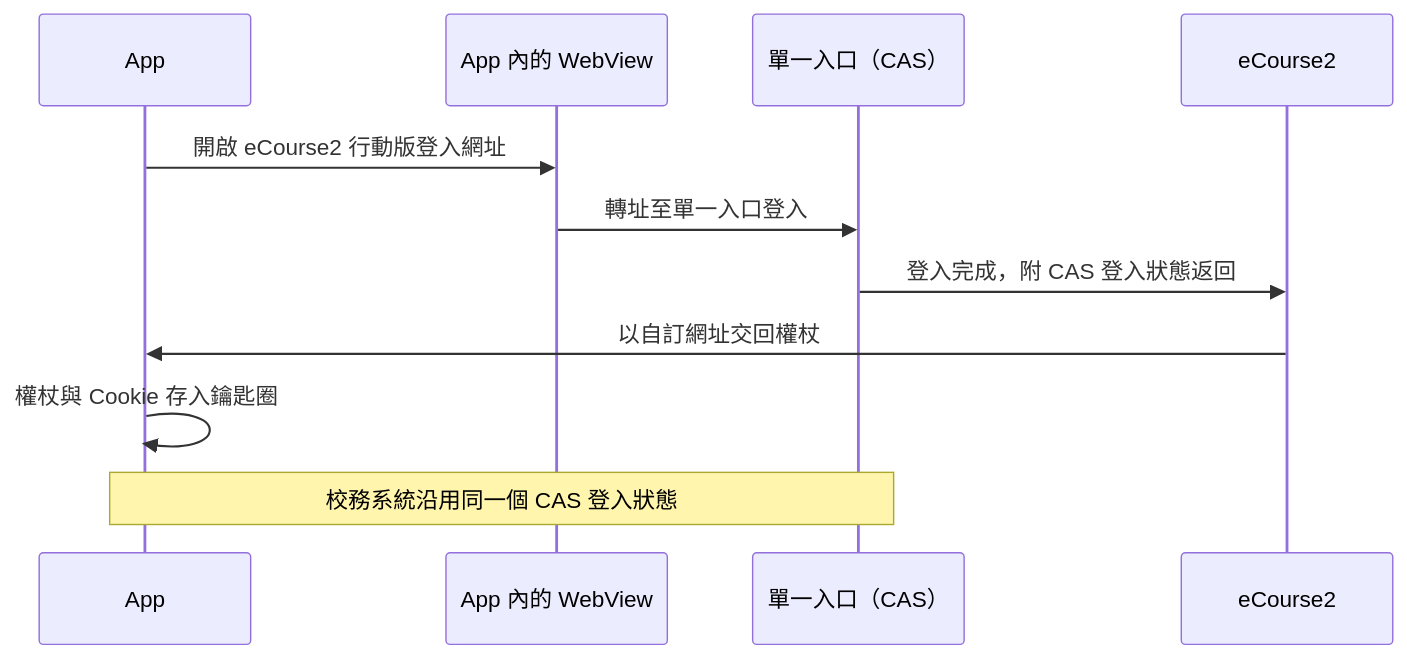
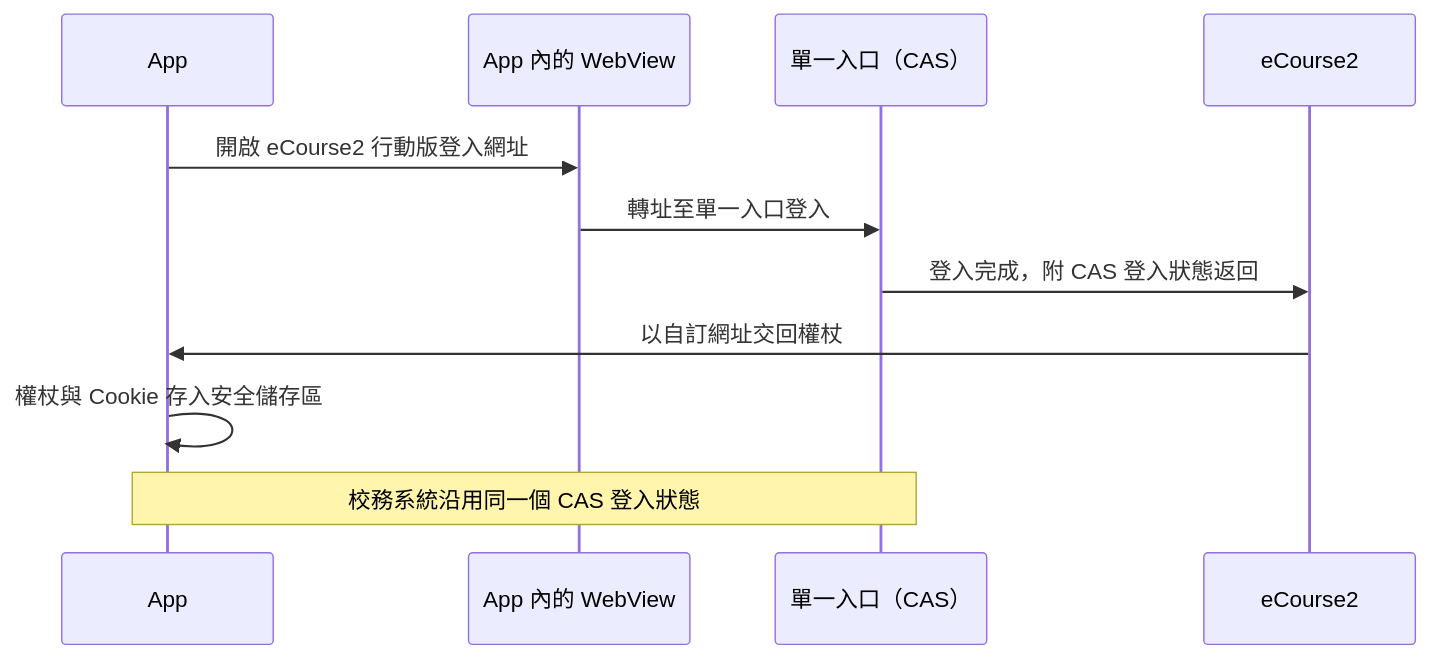
The second of 2 diagrams in README.md (KoukeNeko/TAT-CCU), drawn with Mermaid before and after one commit. The commit also changed other lines of this file, not shown here.

````diff
--- a/README.md
+++ b/README.md
@@ -151,13 +151,13 @@
 ```mermaid
 sequenceDiagram
   participant App
   participant Web as App 內的 WebView
   participant CAS as 單一入口（CAS）
   participant E2 as eCourse2
   App->>Web: 開啟 eCourse2 行動版登入網址
   Web->>CAS: 轉址至單一入口登入
   CAS->>E2: 登入完成，附 CAS 登入狀態返回
   E2->>App: 以自訂網址交回權杖
-  App->>App: 權杖與 Cookie 存入鑰匙圈
+  App->>App: 權杖與 Cookie 存入安全儲存區
   Note over App,CAS: 校務系統沿用同一個 CAS 登入狀態
 ```
````
